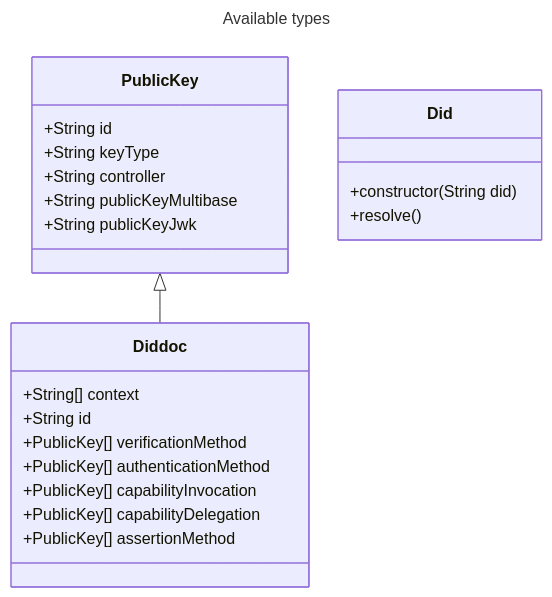
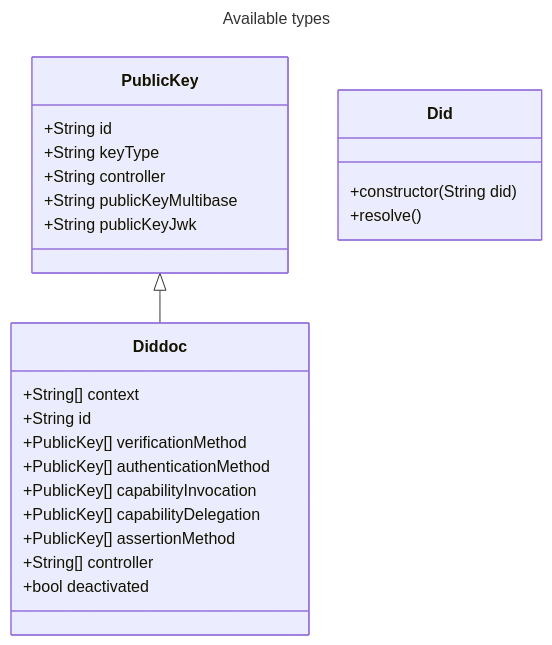
Before and after one commit to swiyu-admin-ch/didresolver: the diagram in README.md, drawn with Mermaid.

Commit message:
docs: :memo: Update data model with attributes needed by did:tdw

````diff
--- a/README.md
+++ b/README.md
@@ -29,30 +29,33 @@
 ```mermaid
 ---
 title: Available types
 ---
 classDiagram
     PublicKey <|-- Diddoc
 
     class Did {
         +constructor(String did)
         +resolve()
     }
 
     class PublicKey {
         +String id
         +String keyType
         +String controller
         +String publicKeyMultibase
         +String publicKeyJwk
     }
 
     class Diddoc {
         +String[] context
         +String id
         +PublicKey[] verificationMethod
         +PublicKey[] authenticationMethod
         +PublicKey[] capabilityInvocation
         +PublicKey[] capabilityDelegation
         +PublicKey[] assertionMethod
+        +String[] controller
+        +bool deactivated
+
     }
 ```
````
